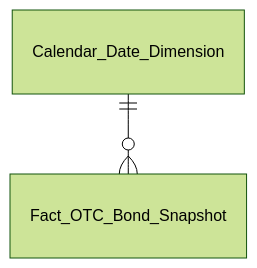
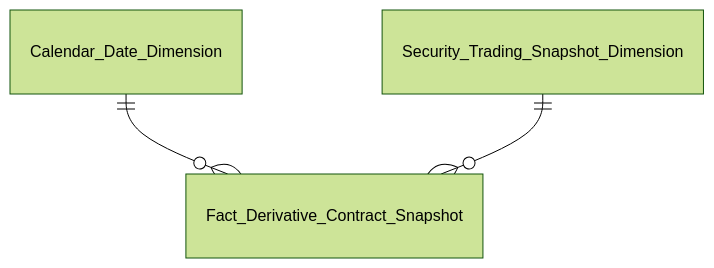
One commit to linhlvit/ubck_atomic_design changed the fourth of 16 diagrams in Datamart/hld/DTM_VP_Entities.md. Above: the diagram before and after it, drawn with Mermaid (forest theme). The commit also changed other lines of this file and 25 other files, not shown here.

````diff
--- a/Datamart/hld/DTM_VP_Entities.md
+++ b/Datamart/hld/DTM_VP_Entities.md
@@ -30,4 +70,5 @@
 ```mermaid
 erDiagram
-    Calendar_Date_Dimension ||--o{ Fact_OTC_Bond_Snapshot : " "
+    Calendar_Date_Dimension ||--o{ Fact_Derivative_Contract_Snapshot : " "
+    Security_Trading_Snapshot_Dimension ||--o{ Fact_Derivative_Contract_Snapshot : " "
 ```
````
